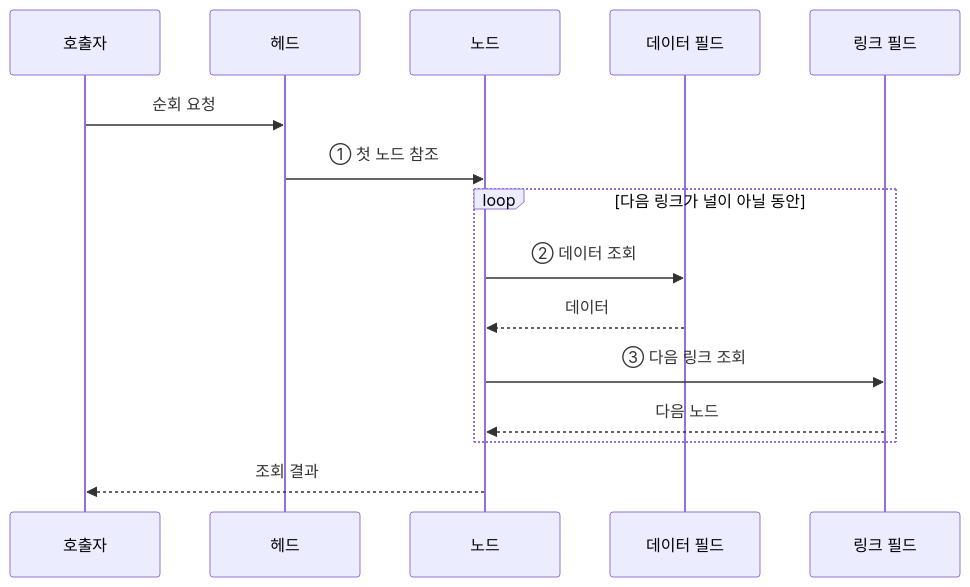
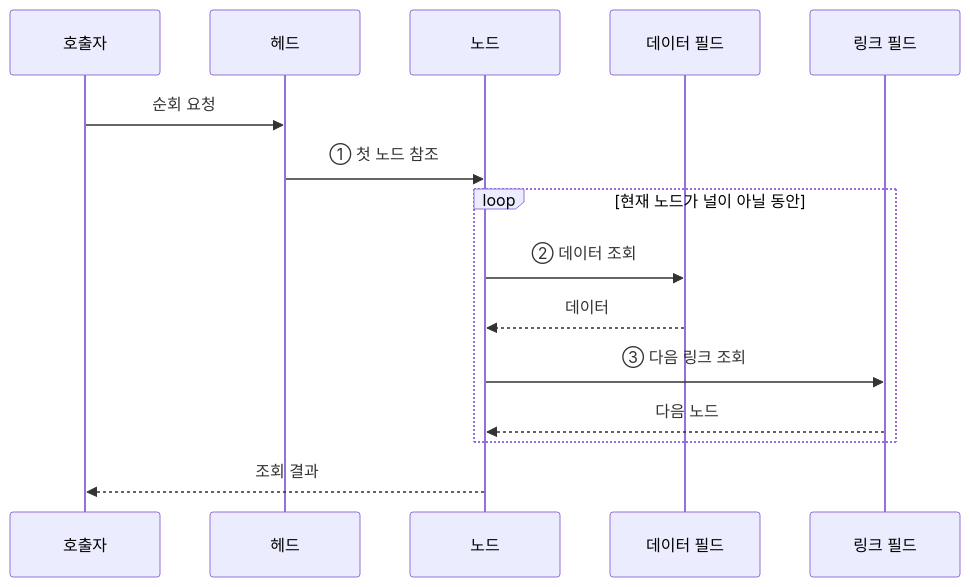
Before and after one commit to agnusdei1207/knowledge-base: the third of 3 diagrams in src/content/docs/notes/01-basic-theory/006_linked_list.md, drawn with Mermaid. The commit also changed other lines of this file and 5 other files, not shown here.

````diff
--- a/src/content/docs/notes/01-basic-theory/006_linked_list.md
+++ b/src/content/docs/notes/01-basic-theory/006_linked_list.md
@@ -83,17 +86,17 @@
 ```mermaid
 sequenceDiagram
     participant Q as 호출자
     participant H as 헤드
     participant N as 노드
     participant D as 데이터 필드
     participant L as 링크 필드
     Q->>H: 순회 요청
     H->>N: ① 첫 노드 참조
-    loop 다음 링크가 널이 아닐 동안
+    loop 현재 노드가 널이 아닐 동안
         N->>D: ② 데이터 조회
         D-->>N: 데이터
         N->>L: ③ 다음 링크 조회
         L-->>N: 다음 노드
     end
     N-->>Q: 조회 결과
 ```
````
